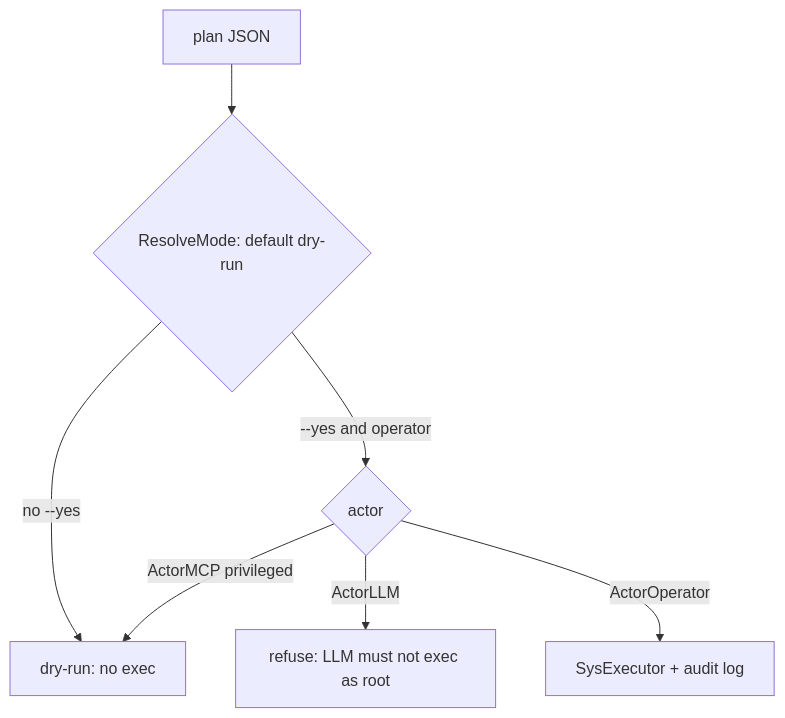
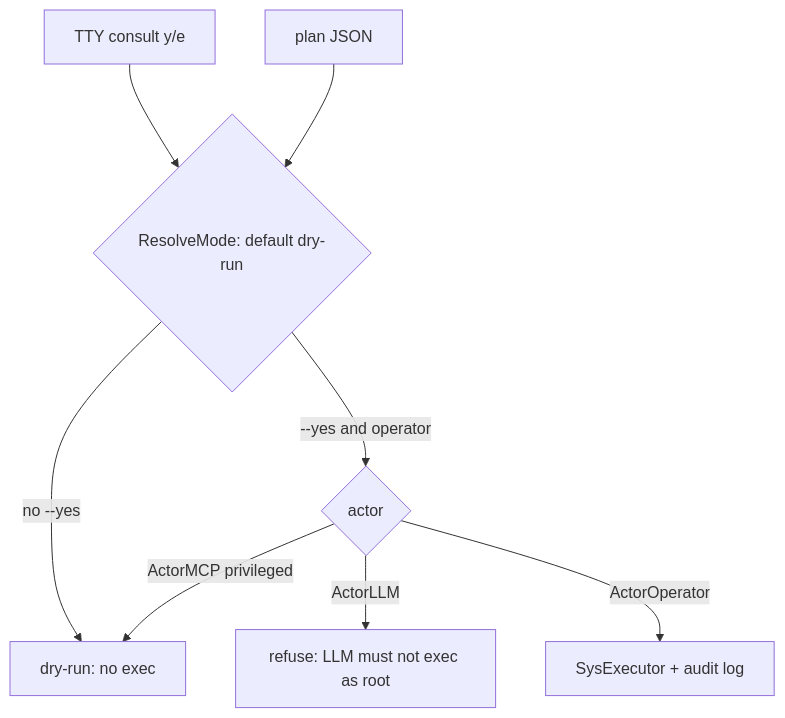
The second of 4 diagrams in docs/ARCHITECTURE.md (revytechinc/hawkeye), drawn with Mermaid before and after one commit. The commit also changed 9 other files, not shown here.

First line of the commit message:
Add TTY consult apply/edit prompt (#11)

````diff
--- a/docs/ARCHITECTURE.md
+++ b/docs/ARCHITECTURE.md
@@ -36,9 +36,10 @@
 ```mermaid
 flowchart TD
+    ConsultTTY["TTY consult y/e"] --> Mode
     In["plan JSON"] --> Mode{"ResolveMode: default dry-run"}
     Mode -->|"no --yes"| Dry["dry-run: no exec"]
     Mode -->|"--yes and operator"| Actor{"actor"}
     Actor -->|"ActorLLM"| Refuse["refuse: LLM must not exec as root"]
     Actor -->|"ActorMCP privileged"| Dry
     Actor -->|"ActorOperator"| Exec["SysExecutor + audit log"]
 ```
````
